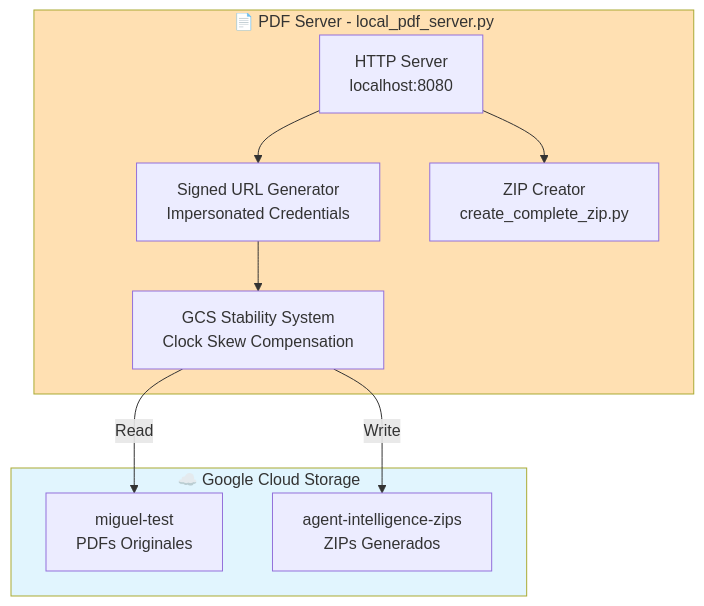
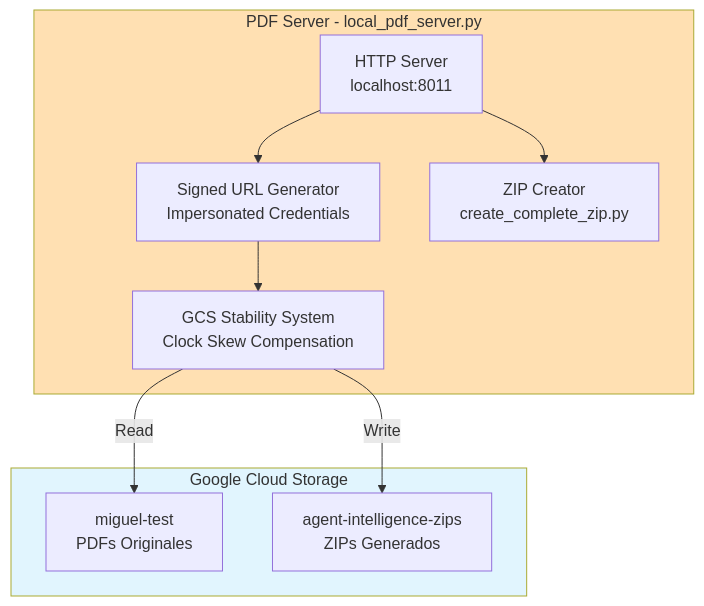
The fifth of 16 diagrams in docs/official/architecture/20_SYSTEM_ARCHITECTURE.md (miguelp7200/agente), drawn with Mermaid before and after one commit. The commit also changed other lines of this file and 12 other files, not shown here.

````diff
--- a/docs/official/architecture/20_SYSTEM_ARCHITECTURE.md
+++ b/docs/official/architecture/20_SYSTEM_ARCHITECTURE.md
@@ -255,23 +255,23 @@
 ```mermaid
 graph TB
-    subgraph PDFServer["📄 PDF Server - local_pdf_server.py"]
-        Proxy["HTTP Server<br/>localhost:8080"]
+    subgraph PDFServer["PDF Server - local_pdf_server.py"]
+        Proxy["HTTP Server<br/>localhost:8011"]
         Signer["Signed URL Generator<br/>Impersonated Credentials"]
         Zipper["ZIP Creator<br/>create_complete_zip.py"]
         Stability["GCS Stability System<br/>Clock Skew Compensation"]
     end
     
-    subgraph GCS["☁️ Google Cloud Storage"]
+    subgraph GCS["Google Cloud Storage"]
         ReadBucket["miguel-test<br/>PDFs Originales"]
         WriteBucket["agent-intelligence-zips<br/>ZIPs Generados"]
     end
     
     Proxy --> Signer
     Proxy --> Zipper
     Signer --> Stability
     Stability -->|Read| ReadBucket
     Stability -->|Write| WriteBucket
     
     style PDFServer fill:#ffe0b2
     style GCS fill:#e1f5fe
 ```
````
